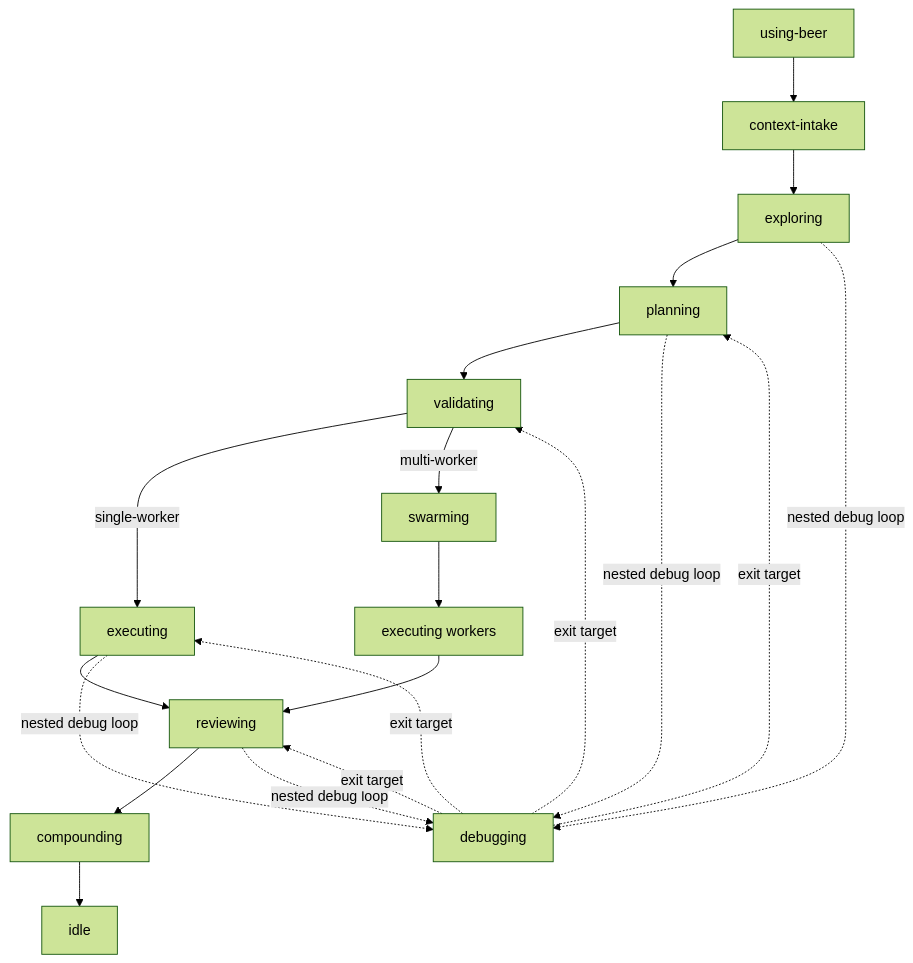
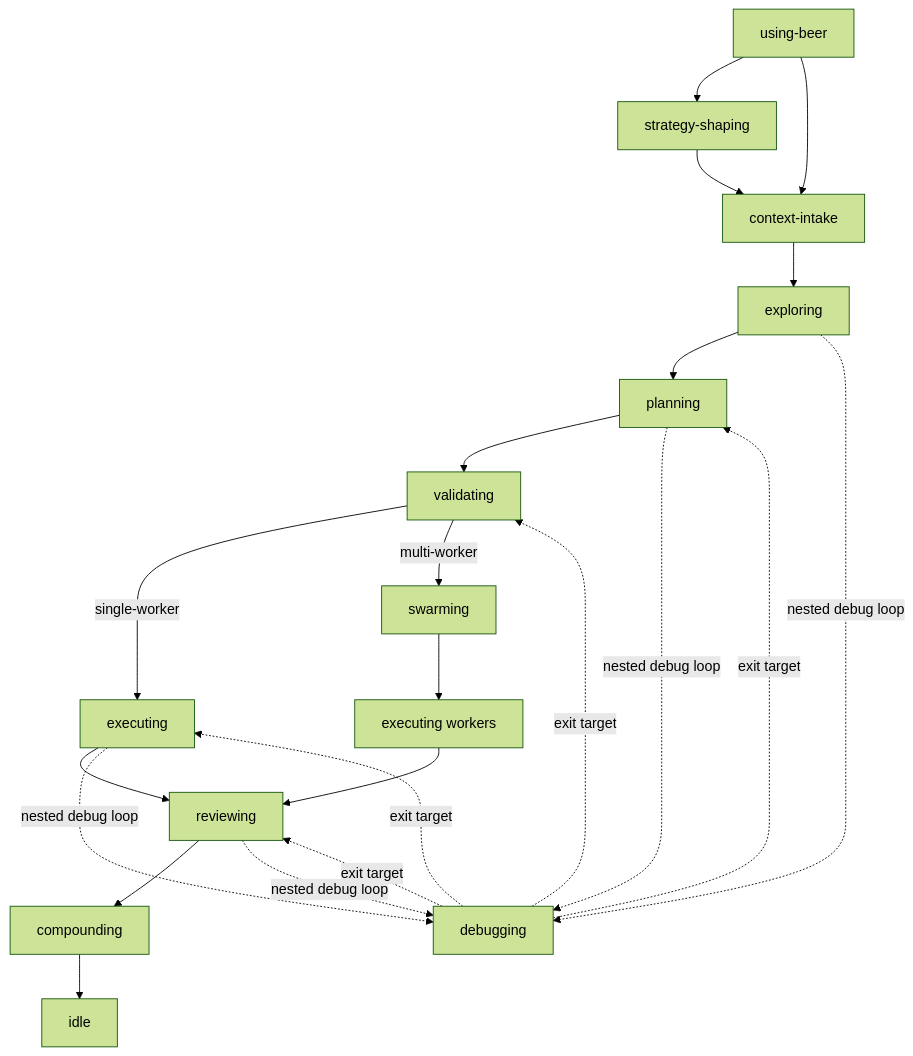
One commit to Huy-04/beer-skills changed the diagram in skill-catalog.md. Above: the diagram before and after it, drawn with Mermaid (forest theme). The commit also changed other lines of this file and 15 other files, not shown here.

````diff
--- a/skill-catalog.md
+++ b/skill-catalog.md
@@ -46,23 +47,25 @@
 ```mermaid
 flowchart TD
-    U[using-beer] --> C[context-intake]
+    U[using-beer] --> ST[strategy-shaping]
+    ST --> C[context-intake]
+    U --> C
     C --> X[exploring]
     X --> P[planning]
     P --> V[validating]
     V -->|single-worker| E[executing]
     V -->|multi-worker| S[swarming]
     S --> E2[executing workers]
     E --> R[reviewing]
     E2 --> R
     R --> O[compounding]
     O --> I[idle]
 
     X -. nested debug loop .-> D[debugging]
     P -. nested debug loop .-> D
     E -. nested debug loop .-> D
     R -. nested debug loop .-> D
     D -. exit target .-> P
     D -. exit target .-> V
     D -. exit target .-> E
     D -. exit target .-> R
 ```
````
